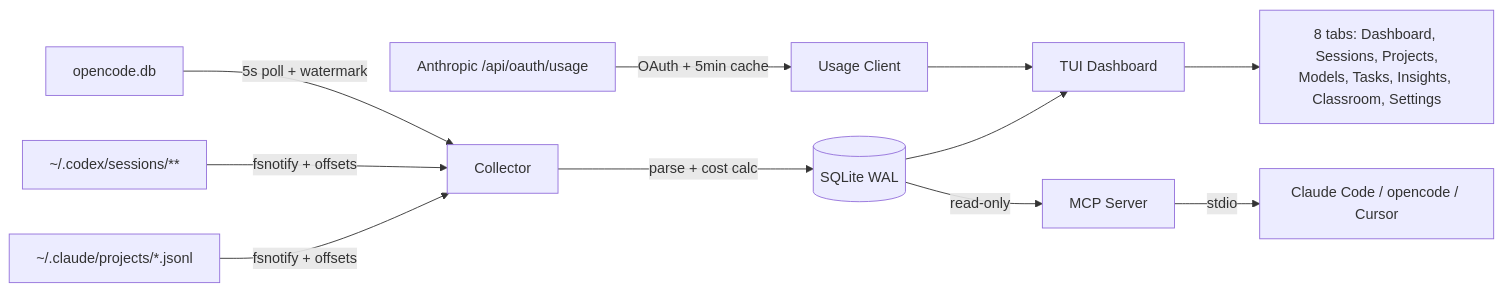
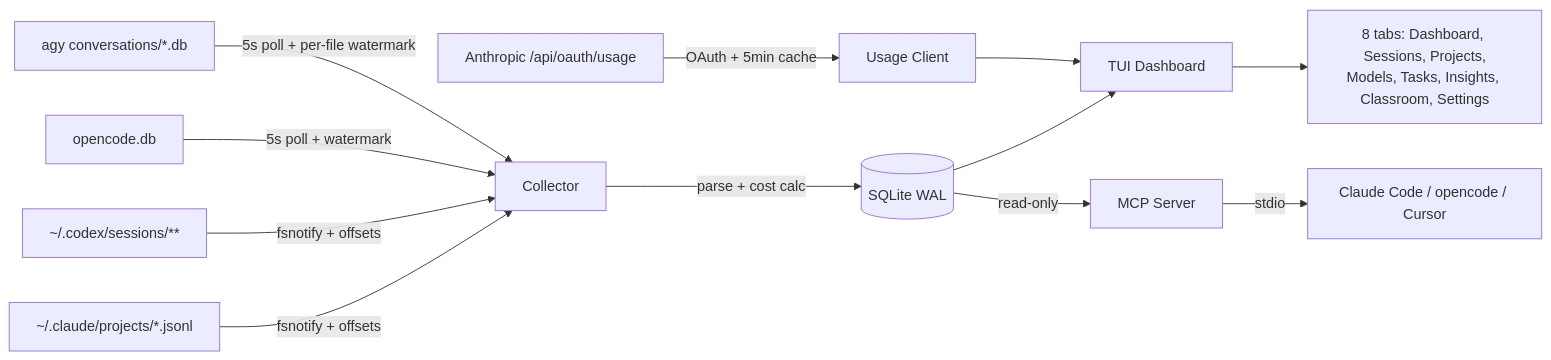
Before and after one commit to FullFran/claudeops-tui: the first of 4 diagrams in README.md, drawn with Mermaid. The commit also changed other lines of this file and 41 other files, not shown here.

````diff
--- a/README.md
+++ b/README.md
@@ -26,13 +26,14 @@
 ```mermaid
 graph LR
     A["~/.claude/projects/*.jsonl"] -->|fsnotify + offsets| B[Collector]
     A2["~/.codex/sessions/**"] -->|fsnotify + offsets| B
     A3["opencode.db"] -->|5s poll + watermark| B
+    A4["agy conversations/*.db"] -->|5s poll + per-file watermark| B
     B -->|parse + cost calc| C[(SQLite WAL)]
     D["Anthropic /api/oauth/usage"] -->|OAuth + 5min cache| E[Usage Client]
     C --> F[TUI Dashboard]
     E --> F
     C -->|read-only| G[MCP Server]
     G -->|stdio| H[Claude Code / opencode / Cursor]
     F --> I["8 tabs: Dashboard, Sessions, Projects,\nModels, Tasks, Insights, Classroom, Settings"]
 ```
````
